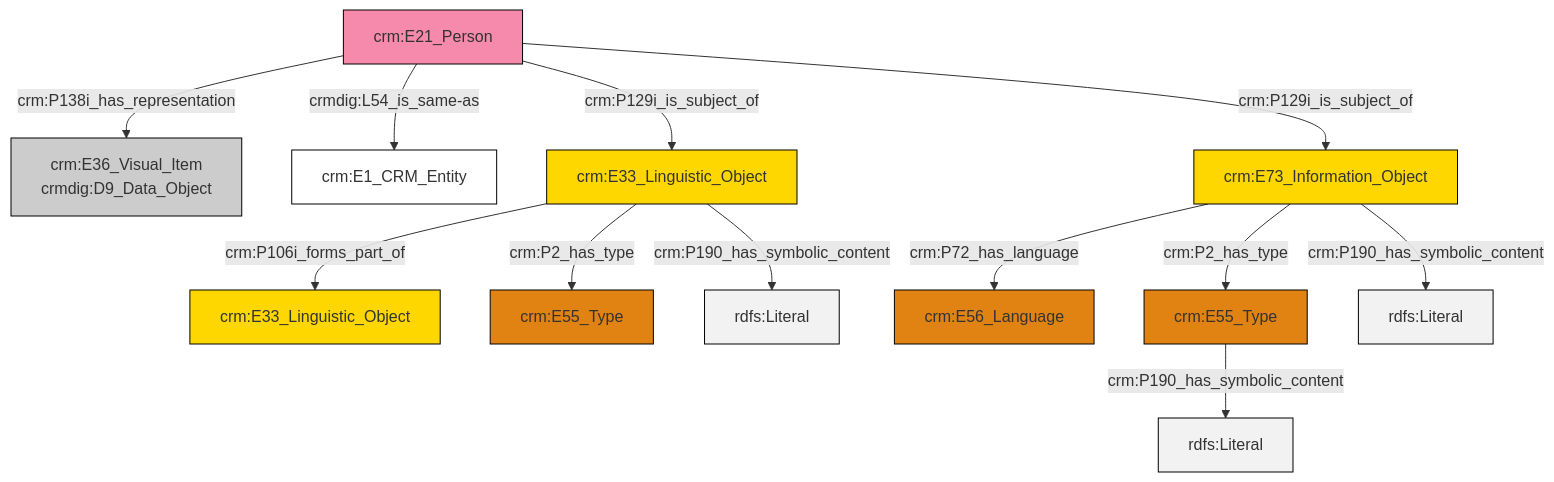
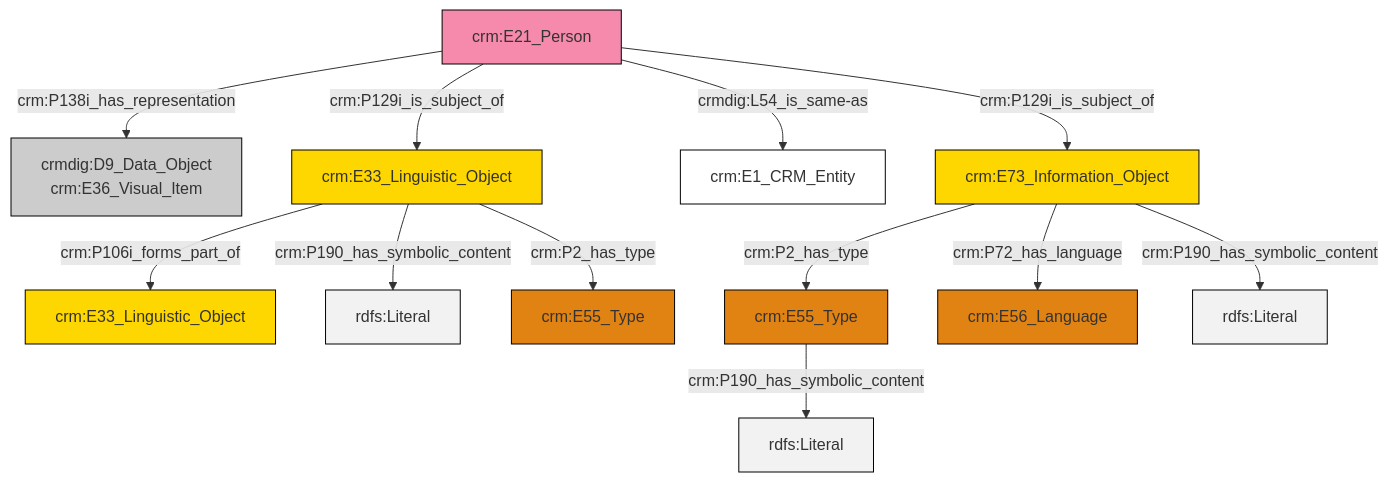
One commit to swiss-art-research-net/reference-data-models changed the diagram in et/personCSV/ttl/mmd/Person_Documentation.ttl.mmd. Above: the diagram before and after it, drawn with Mermaid. The commit also changed 152 other files, not shown here.

```diff
--- a/et/personCSV/ttl/mmd/Person_Documentation.ttl.mmd
+++ b/et/personCSV/ttl/mmd/Person_Documentation.ttl.mmd
@@ -1,26 +1,26 @@
 graph TD
 classDef Literal fill:#f2f2f2,stroke:#000000;
 classDef CRM_Entity fill:#FFFFFF,stroke:#000000;
 classDef Temporal_Entity fill:#00C9E6, stroke:#000000;
 classDef Type fill:#E18312, stroke:#000000;
 classDef Time-Span fill:#2C9C91, stroke:#000000;
 classDef Appellation fill:#FFEB7F, stroke:#000000;
 classDef Place fill:#008836, stroke:#000000;
 classDef Persistent_Item fill:#B266B2, stroke:#000000;
 classDef Conceptual_Object fill:#FFD700, stroke:#000000;
 classDef Physical_Thing fill:#D2B48C, stroke:#000000;
 classDef Actor fill:#f58aad, stroke:#000000;
 classDef PC_Classes fill:#4ce600, stroke:#000000;
 classDef Multi fill:#cccccc,stroke:#000000;
 
-2["crm:E33_Linguistic_Object"]:::Conceptual_Object -->|crm:P106i_forms_part_of| 3["crm:E33_Linguistic_Object"]:::Conceptual_Object
-4["crm:E21_Person"]:::Actor -->|crm:P138i_has_representation| 5["crm:E36_Visual_Item<br>crmdig:D9_Data_Object"]:::Multi
-6["crm:E73_Information_Object"]:::Conceptual_Object -->|crm:P72_has_language| 0["crm:E56_Language"]:::Type
-2["crm:E33_Linguistic_Object"]:::Conceptual_Object -->|crm:P2_has_type| 9["crm:E55_Type"]:::Type
-4["crm:E21_Person"]:::Actor -->|crmdig:L54_is_same-as| 11["crm:E1_CRM_Entity"]:::CRM_Entity
-13["crm:E55_Type"]:::Type -->|crm:P190_has_symbolic_content| 14[rdfs:Literal]:::Literal
-6["crm:E73_Information_Object"]:::Conceptual_Object -->|crm:P2_has_type| 13["crm:E55_Type"]:::Type
-4["crm:E21_Person"]:::Actor -->|crm:P129i_is_subject_of| 2["crm:E33_Linguistic_Object"]:::Conceptual_Object
-4["crm:E21_Person"]:::Actor -->|crm:P129i_is_subject_of| 6["crm:E73_Information_Object"]:::Conceptual_Object
-6["crm:E73_Information_Object"]:::Conceptual_Object -->|crm:P190_has_symbolic_content| 16[rdfs:Literal]:::Literal
-2["crm:E33_Linguistic_Object"]:::Conceptual_Object -->|crm:P190_has_symbolic_content| 19[rdfs:Literal]:::Literal
+4["crm:E21_Person"]:::Actor -->|crm:P138i_has_representation| 5["crmdig:D9_Data_Object<br>crm:E36_Visual_Item"]:::Multi
+4["crm:E21_Person"]:::Actor -->|crm:P129i_is_subject_of| 6["crm:E33_Linguistic_Object"]:::Conceptual_Object
+6["crm:E33_Linguistic_Object"]:::Conceptual_Object -->|crm:P106i_forms_part_of| 9["crm:E33_Linguistic_Object"]:::Conceptual_Object
+0["crm:E73_Information_Object"]:::Conceptual_Object -->|crm:P2_has_type| 10["crm:E55_Type"]:::Type
+0["crm:E73_Information_Object"]:::Conceptual_Object -->|crm:P72_has_language| 2["crm:E56_Language"]:::Type
+4["crm:E21_Person"]:::Actor -->|crmdig:L54_is_same-as| 15["crm:E1_CRM_Entity"]:::CRM_Entity
+10["crm:E55_Type"]:::Type -->|crm:P190_has_symbolic_content| 18[rdfs:Literal]:::Literal
+6["crm:E33_Linguistic_Object"]:::Conceptual_Object -->|crm:P190_has_symbolic_content| 19[rdfs:Literal]:::Literal
+0["crm:E73_Information_Object"]:::Conceptual_Object -->|crm:P190_has_symbolic_content| 20[rdfs:Literal]:::Literal
+4["crm:E21_Person"]:::Actor -->|crm:P129i_is_subject_of| 0["crm:E73_Information_Object"]:::Conceptual_Object
+6["crm:E33_Linguistic_Object"]:::Conceptual_Object -->|crm:P2_has_type| 7["crm:E55_Type"]:::Type
```
